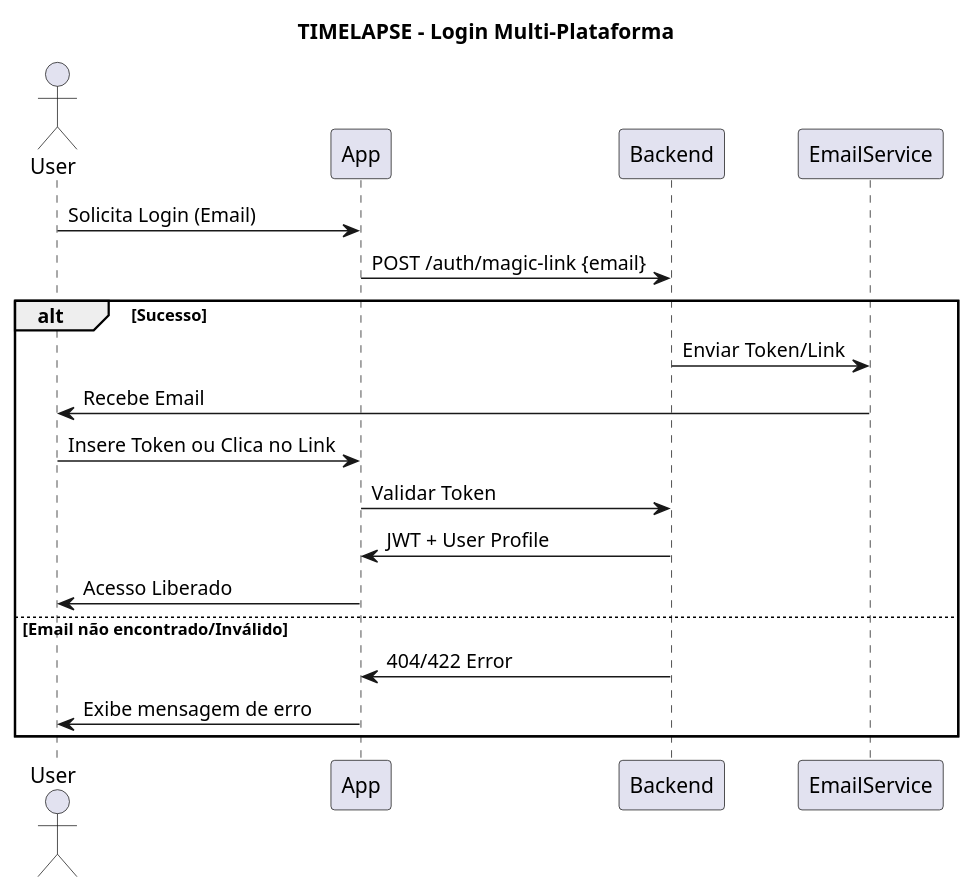
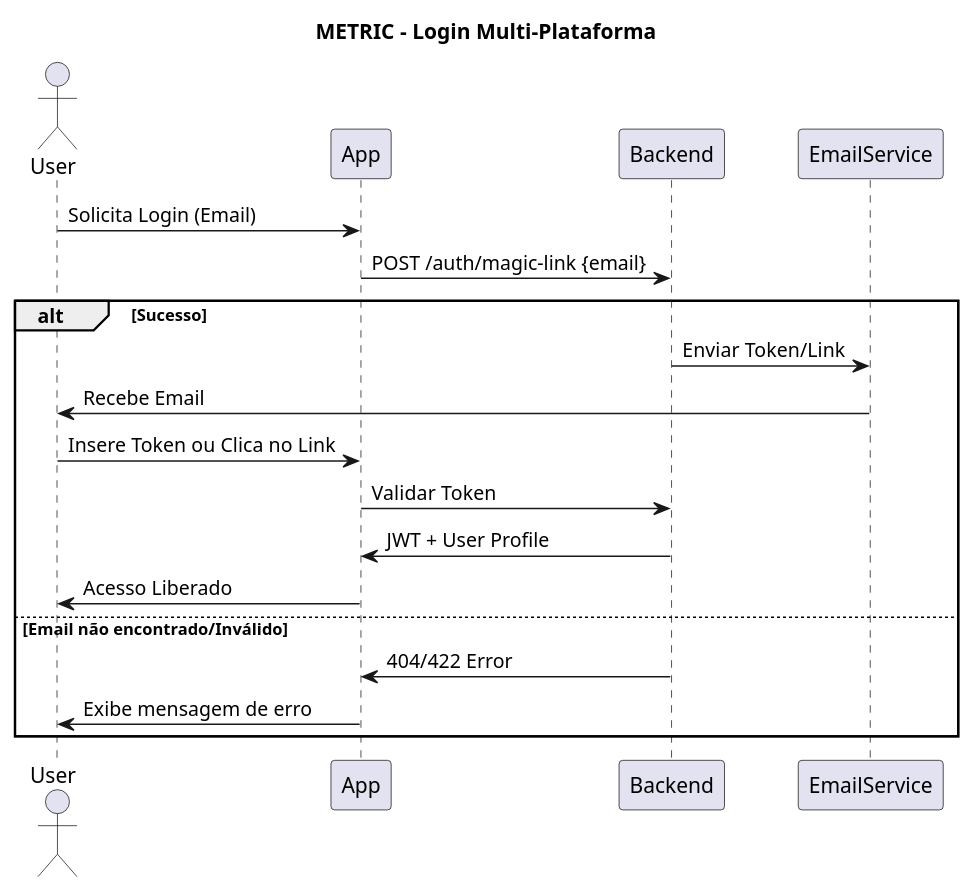
The diagram in docs/srs/diagrams/puml/flow/diagram-flow-001-login.puml (Gustavohps10/metric), drawn with PlantUML before and after one commit. The commit also changed 208 other files, not shown here.

Commit message:
chore: rename project from timelapse to metric

```diff
--- a/docs/srs/diagrams/puml/flow/diagram-flow-001-login.puml
+++ b/docs/srs/diagrams/puml/flow/diagram-flow-001-login.puml
@@ -1,21 +1,21 @@
 @startuml LoginFlow
-title TIMELAPSE - Login Multi-Plataforma
+title METRIC - Login Multi-Plataforma
 actor User
 participant App
 participant Backend
 participant EmailService
 
 User -> App: Solicita Login (Email)
 App -> Backend: POST /auth/magic-link {email}
 alt Sucesso
     Backend -> EmailService: Enviar Token/Link
     EmailService -> User: Recebe Email
     User -> App: Insere Token ou Clica no Link
     App -> Backend: Validar Token
     Backend -> App: JWT + User Profile
     App -> User: Acesso Liberado
 else Email não encontrado/Inválido
     Backend -> App: 404/422 Error
     App -> User: Exibe mensagem de erro
 end
 @enduml
```
